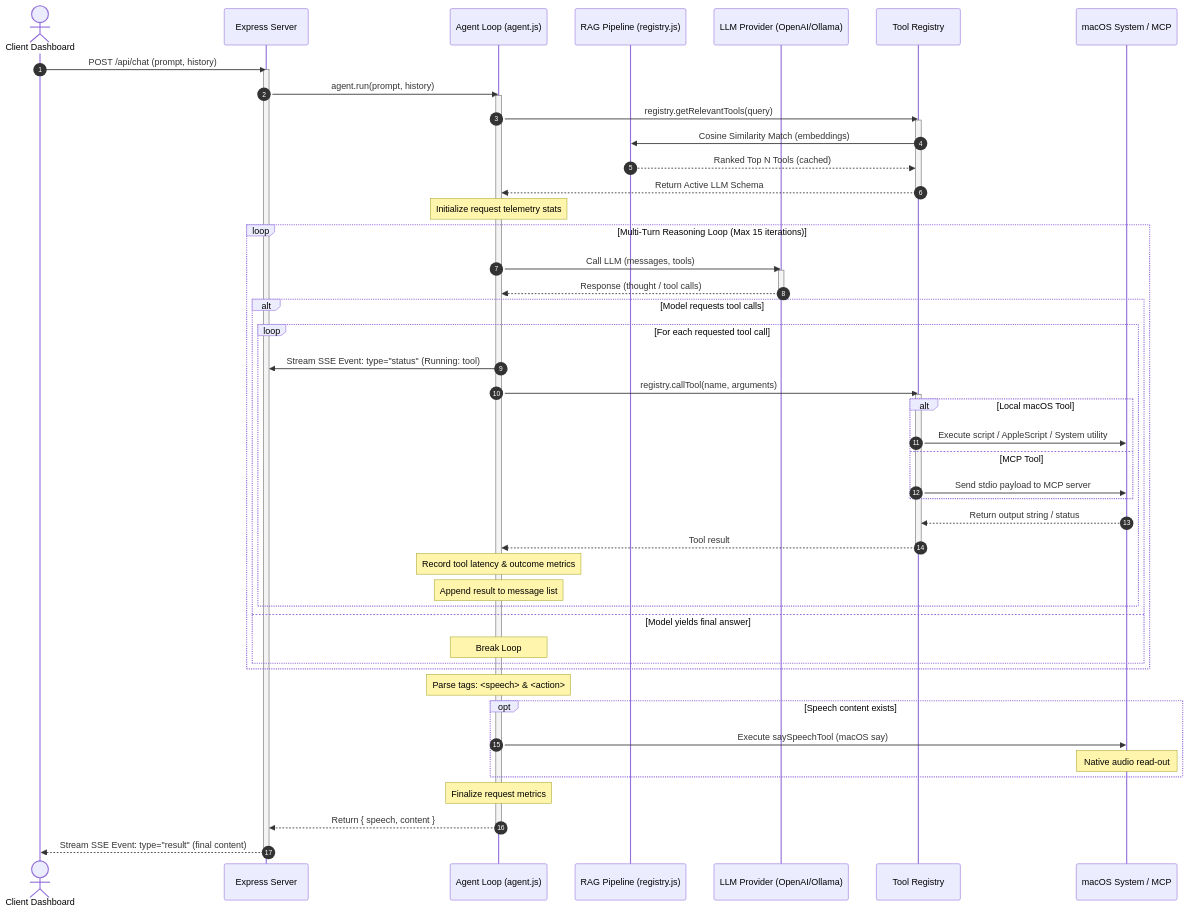
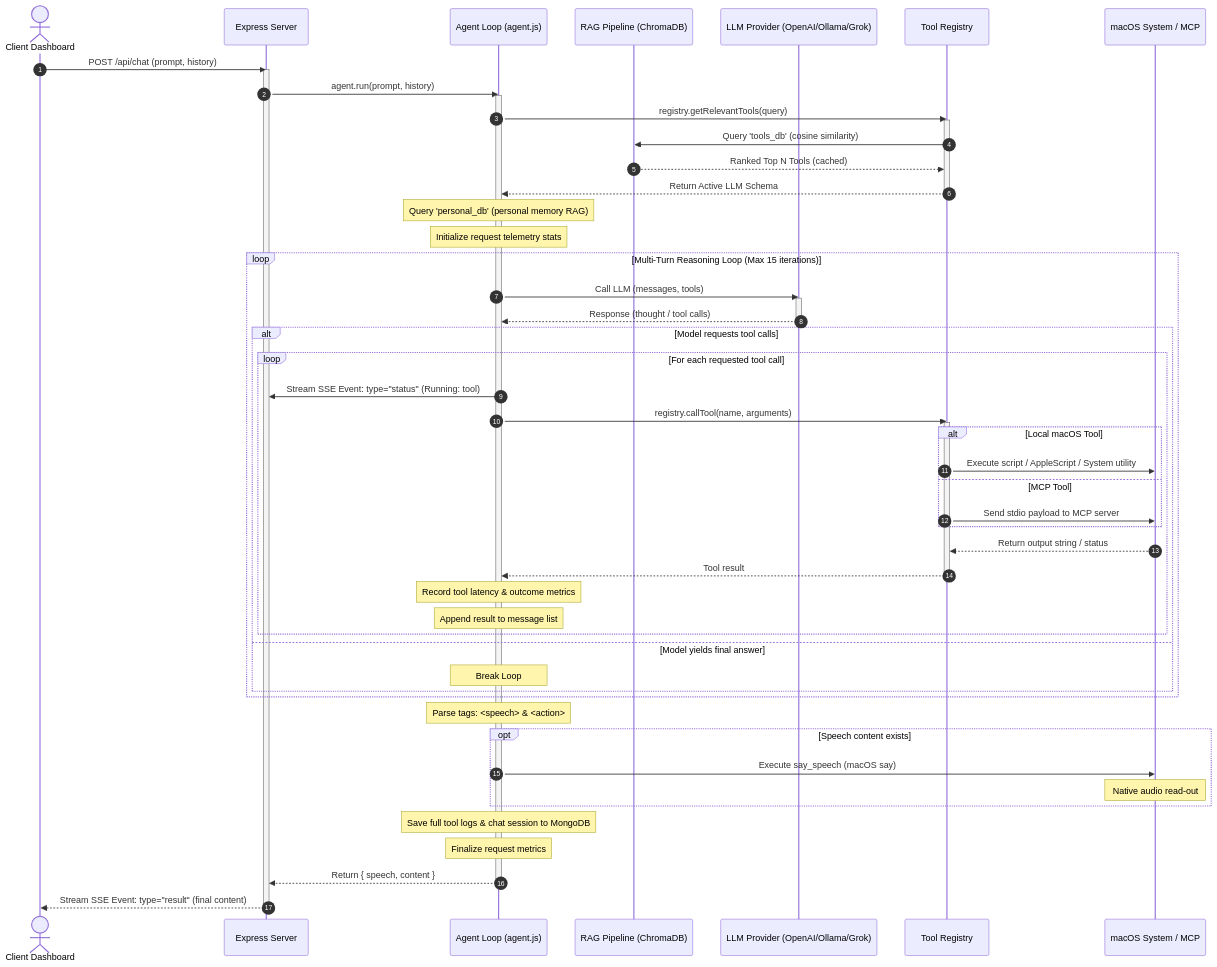
One commit to krishnakanthpathi/PersonalAssistant changed the diagram in backend/README.md. Above: the diagram before and after it, drawn with Mermaid. The commit also changed other lines of this file and 3 other files, not shown here.

````diff
--- a/backend/README.md
+++ b/backend/README.md
@@ -11,67 +11,69 @@
 ```mermaid
 sequenceDiagram
     autonumber
     actor User as Client Dashboard
     participant API as Express Server
     participant AGT as Agent Loop (agent.js)
-    participant RAG as RAG Pipeline (registry.js)
-    participant LLM as LLM Provider (OpenAI/Ollama)
+    participant RAG as RAG Pipeline (ChromaDB)
+    participant LLM as LLM Provider (OpenAI/Ollama/Grok)
     participant REG as Tool Registry
     participant SYS as macOS System / MCP
 
     User->>API: POST /api/chat (prompt, history)
     activate API
     API->>AGT: agent.run(prompt, history)
     activate AGT
     AGT->>REG: registry.getRelevantTools(query)
     activate REG
-    REG->>RAG: Cosine Similarity Match (embeddings)
+    REG->>RAG: Query 'tools_db' (cosine similarity)
     RAG-->>REG: Ranked Top N Tools (cached)
     REG-->>AGT: Return Active LLM Schema
     deactivate REG
     
+    Note over AGT: Query 'personal_db' (personal memory RAG)
     Note over AGT: Initialize request telemetry stats
 
     loop Multi-Turn Reasoning Loop (Max 15 iterations)
         AGT->>LLM: Call LLM (messages, tools)
         activate LLM
         LLM-->>AGT: Response (thought / tool calls)
         deactivate LLM
         
         alt Model requests tool calls
             loop For each requested tool call
                 AGT->>API: Stream SSE Event: type="status" (Running: tool)
                 AGT->>REG: registry.callTool(name, arguments)
                 activate REG
                 
                 alt Local macOS Tool
                     REG->>SYS: Execute script / AppleScript / System utility
                 else MCP Tool
                     REG->>SYS: Send stdio payload to MCP server
                 end
                 
                 SYS-->>REG: Return output string / status
                 REG-->>AGT: Tool result
                 deactivate REG
                 
                 Note over AGT: Record tool latency & outcome metrics
                 Note over AGT: Append result to message list
             end
         else Model yields final answer
             Note over AGT: Break Loop
         end
     end
 
     Note over AGT: Parse tags: <speech> & <action>
     
     opt Speech content exists
-        AGT->>SYS: Execute saySpeechTool (macOS say)
+        AGT->>SYS: Execute say_speech (macOS say)
         Note over SYS: Native audio read-out
     end
     
+    Note over AGT: Save full tool logs & chat session to MongoDB
     Note over AGT: Finalize request metrics
     AGT-->>API: Return { speech, content }
     deactivate AGT
     API-->>User: Stream SSE Event: type="result" (final content)
     deactivate API
 ```
````
